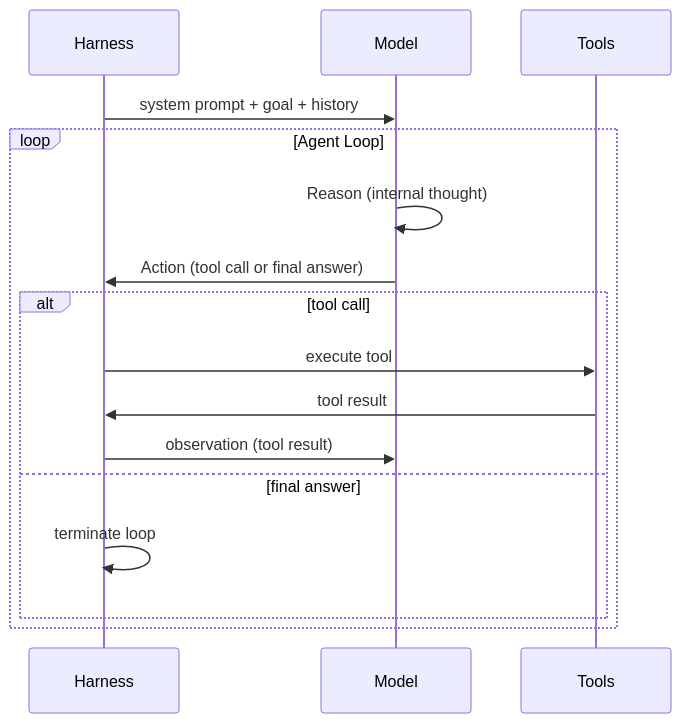
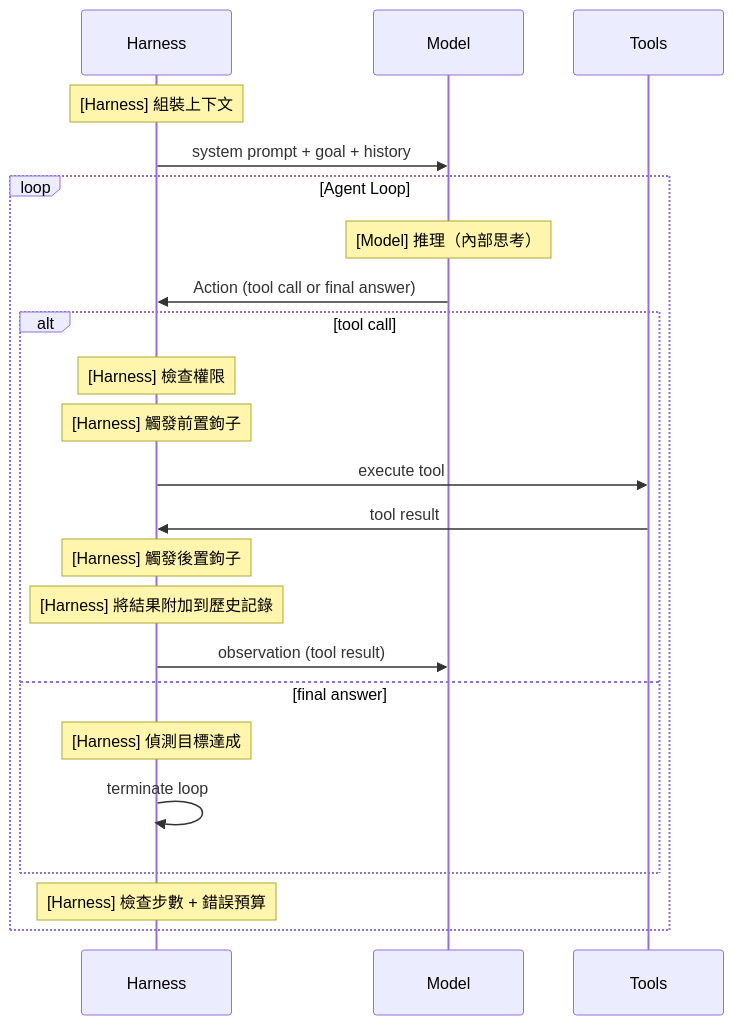
One commit to alivedise/agentic-engineering-essentials changed the diagram in docs/zh-tw/Harness Engineering/701.md. Above: the diagram before and after it, drawn with Mermaid. The commit also changed other lines of this file and 2 other files, not shown here.

````diff
--- a/docs/zh-tw/Harness Engineering/701.md
+++ b/docs/zh-tw/Harness Engineering/701.md
@@ -42,19 +88,26 @@
 ```mermaid
 sequenceDiagram
     participant H as Harness
     participant M as Model
     participant T as Tools
 
+    Note over H: [Harness] 組裝上下文
     H->>M: system prompt + goal + history
     loop Agent Loop
-        M->>M: Reason (internal thought)
+        Note over M: [Model] 推理（內部思考）
         M->>H: Action (tool call or final answer)
         alt tool call
+            Note over H: [Harness] 檢查權限
+            Note over H: [Harness] 觸發前置鉤子
             H->>T: execute tool
             T->>H: tool result
+            Note over H: [Harness] 觸發後置鉤子
+            Note over H: [Harness] 將結果附加到歷史記錄
             H->>M: observation (tool result)
         else final answer
+            Note over H: [Harness] 偵測目標達成
             H->>H: terminate loop
         end
+        Note over H: [Harness] 檢查步數 + 錯誤預算
     end
 ```
````
